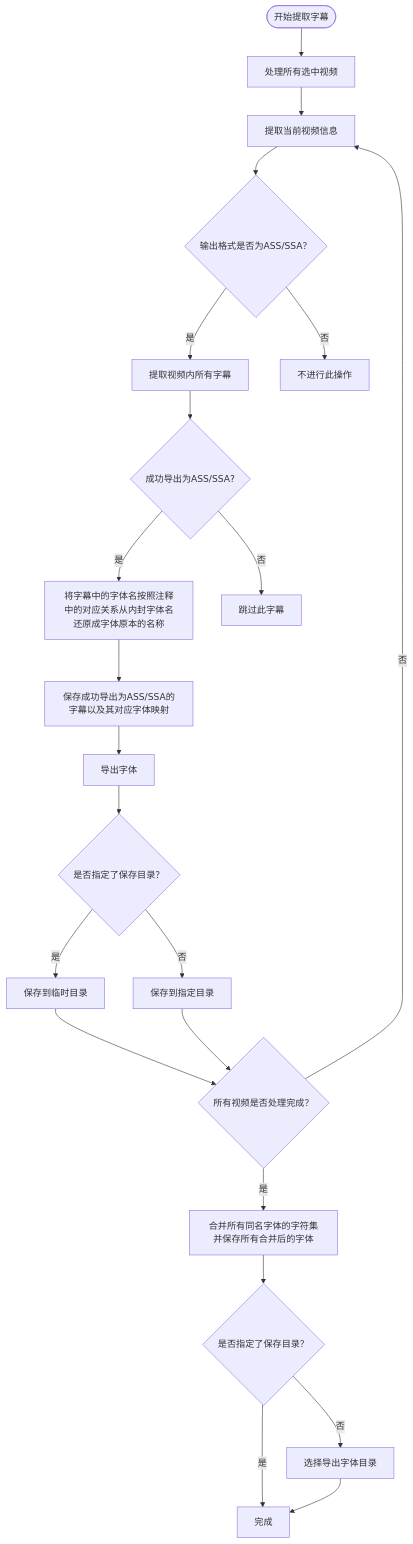
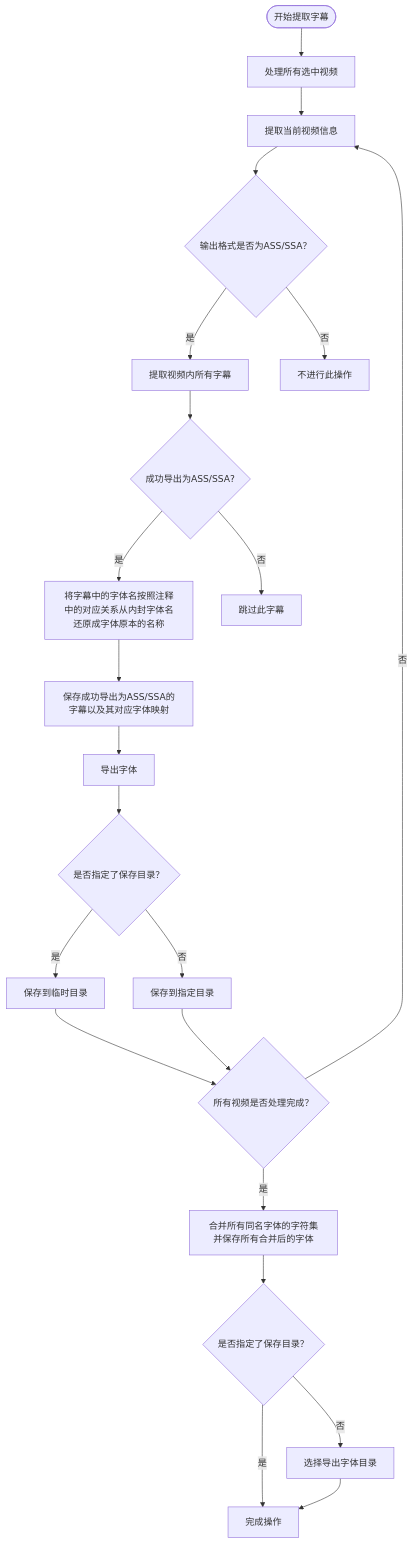
Before and after one commit to TCBOMC/Subtitle-Exporter: the second of 4 diagrams in README.md, drawn with Mermaid. The commit also changed other lines of this file, not shown here.

````diff
--- a/README.md
+++ b/README.md
@@ -92,28 +92,28 @@
     ```mermaid
     flowchart TD
     A(["开始提取字幕"]) --> B["处理所有选中视频"]
     C{"输出格式是否为ASS/SSA？"} -- 是 --> D["提取视频内所有字幕"]
     C -- 否 --> E["不进行此操作"]
     B --> n1["提取当前视频信息"]
     n1 --> C
     D --> n8["成功导出为ASS/SSA?"]
     n2["保存成功导出为ASS/SSA的字幕以及其对应字体映射"] --> n3["导出字体"]
     n3 --> n10["是否指定了保存目录？"]
     n5["所有视频是否处理完成？"] -- 是 --> n6["合并所有同名字体的字符集并保存所有合并后的字体"]
     n5 -- 否 --> n1
     n7["将字幕中的字体名按照注释中的对应关系从内封字体名还原成字体原本的名称"] --> n2
     n8 -- 是 --> n7
     n8 -- 否 --> n9["跳过此字幕"]
     n10 -- 是 --> n11["保存到临时目录"]
     n10 -- 否 --> n12["保存到指定目录"]
     n11 --> n5
     n12 --> n5
     n6 --> n13["是否指定了保存目录？"]
-    n13 -- 是 --> n14["完成"]
+    n13 -- 是 --> n14["完成操作"]
     n13 -- 否 --> n15["选择导出字体目录"]
     n15 --> n14
     n8@{ shape: diam}
     n10@{ shape: diam}
     n5@{ shape: diam}
     n13@{ shape: diam}
     ```
````
